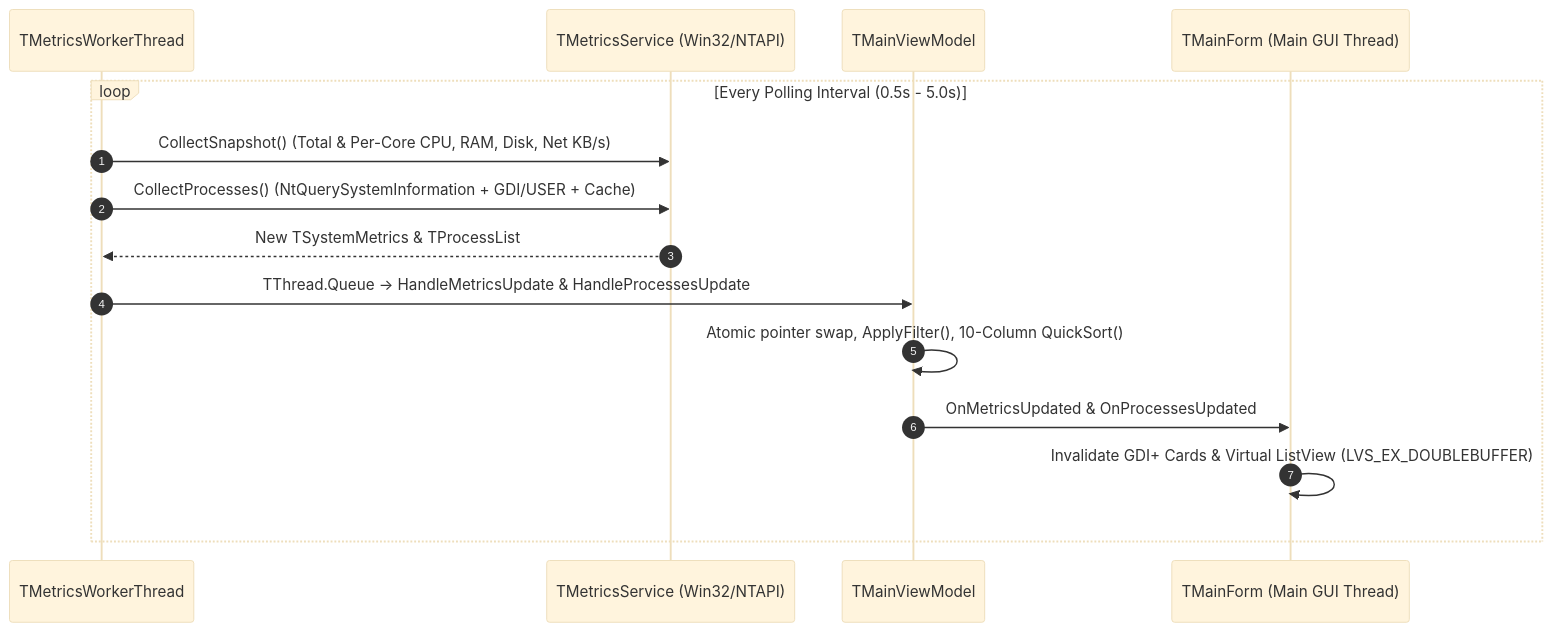
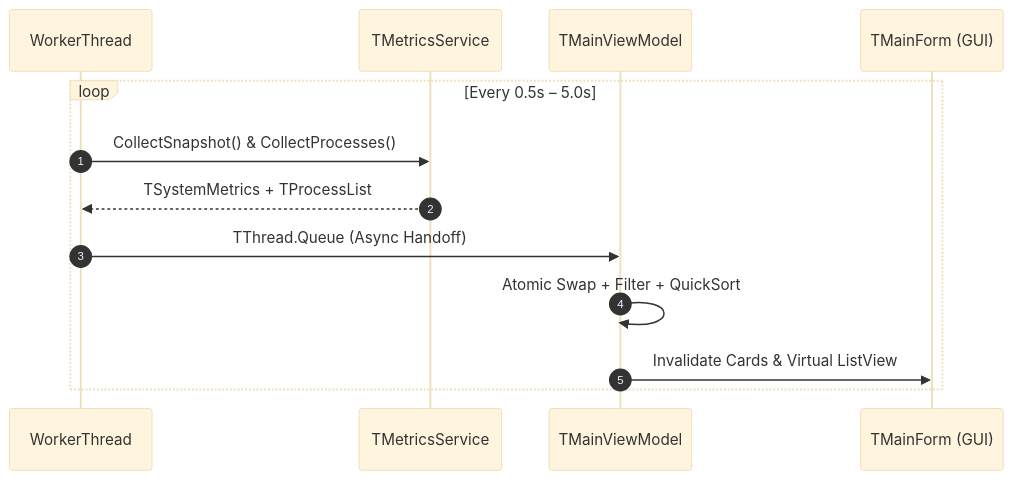
The third of 4 diagrams in README.md (amafjarkasi/novamonitor), drawn with Mermaid (base theme) before and after one commit. The commit also changed other lines of this file, not shown here.

Commit message:
docs(readme): split Mermaid architecture diagrams into compact, focused sections

````diff
--- a/README.md
+++ b/README.md
@@ -166,18 +146,16 @@
 ```mermaid
 sequenceDiagram
     autonumber
-    participant WT as TMetricsWorkerThread
-    participant MS as TMetricsService (Win32/NTAPI)
+    participant WT as WorkerThread
+    participant MS as TMetricsService
     participant VM as TMainViewModel
-    participant UI as TMainForm (Main GUI Thread)
+    participant UI as TMainForm (GUI)
 
-    loop Every Polling Interval (0.5s - 5.0s)
-        WT->>MS: CollectSnapshot() (Total & Per-Core CPU, RAM, Disk, Net KB/s)
-        WT->>MS: CollectProcesses() (NtQuerySystemInformation + GDI/USER + Cache)
-        MS-->>WT: New TSystemMetrics & TProcessList
-        WT->>VM: TThread.Queue -> HandleMetricsUpdate & HandleProcessesUpdate
-        VM->>VM: Atomic pointer swap, ApplyFilter(), 10-Column QuickSort()
-        VM->>UI: OnMetricsUpdated & OnProcessesUpdated
-        UI->>UI: Invalidate GDI+ Cards & Virtual ListView (LVS_EX_DOUBLEBUFFER)
+    loop Every 0.5s – 5.0s
+        WT->>MS: CollectSnapshot() & CollectProcesses()
+        MS-->>WT: TSystemMetrics + TProcessList
+        WT->>VM: TThread.Queue (Async Handoff)
+        VM->>VM: Atomic Swap + Filter + QuickSort
+        VM->>UI: Invalidate Cards & Virtual ListView
     end
 ```
````
